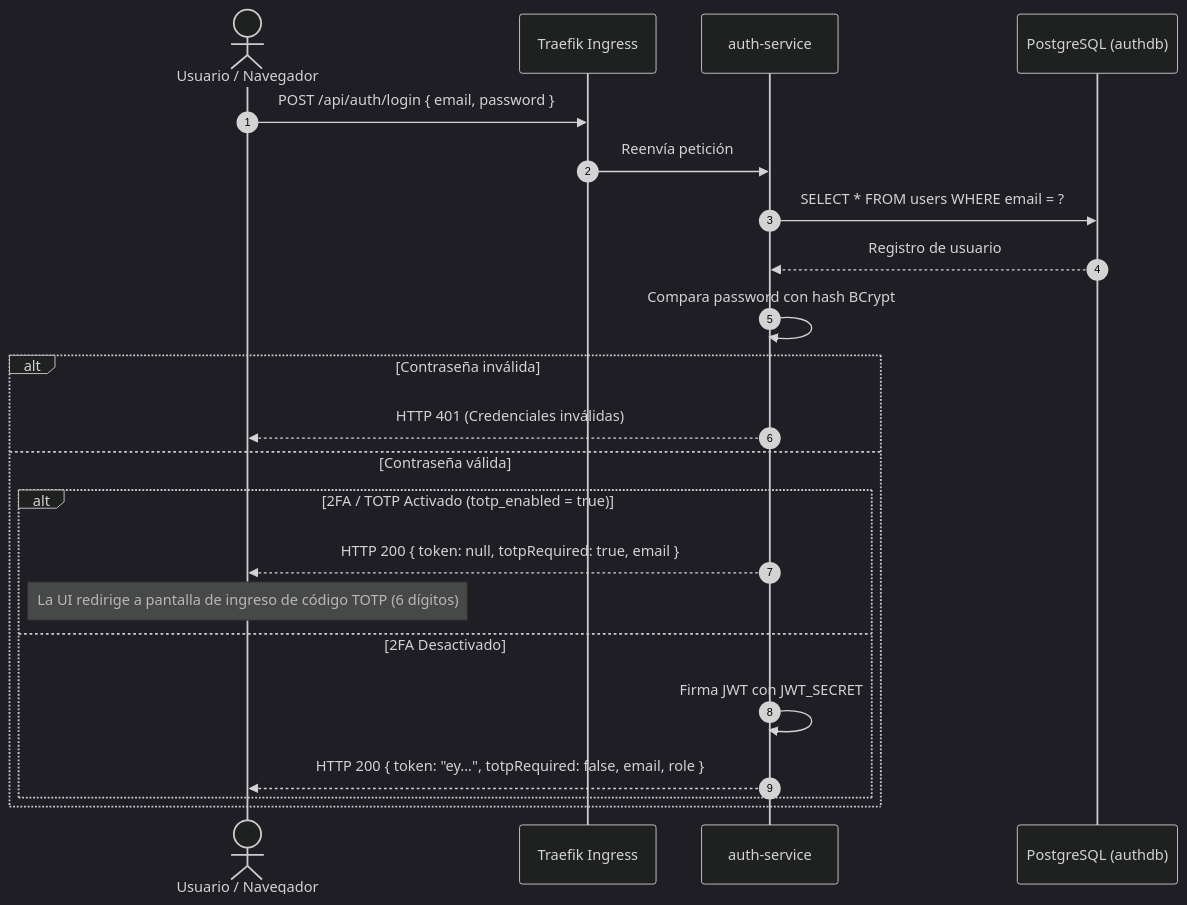
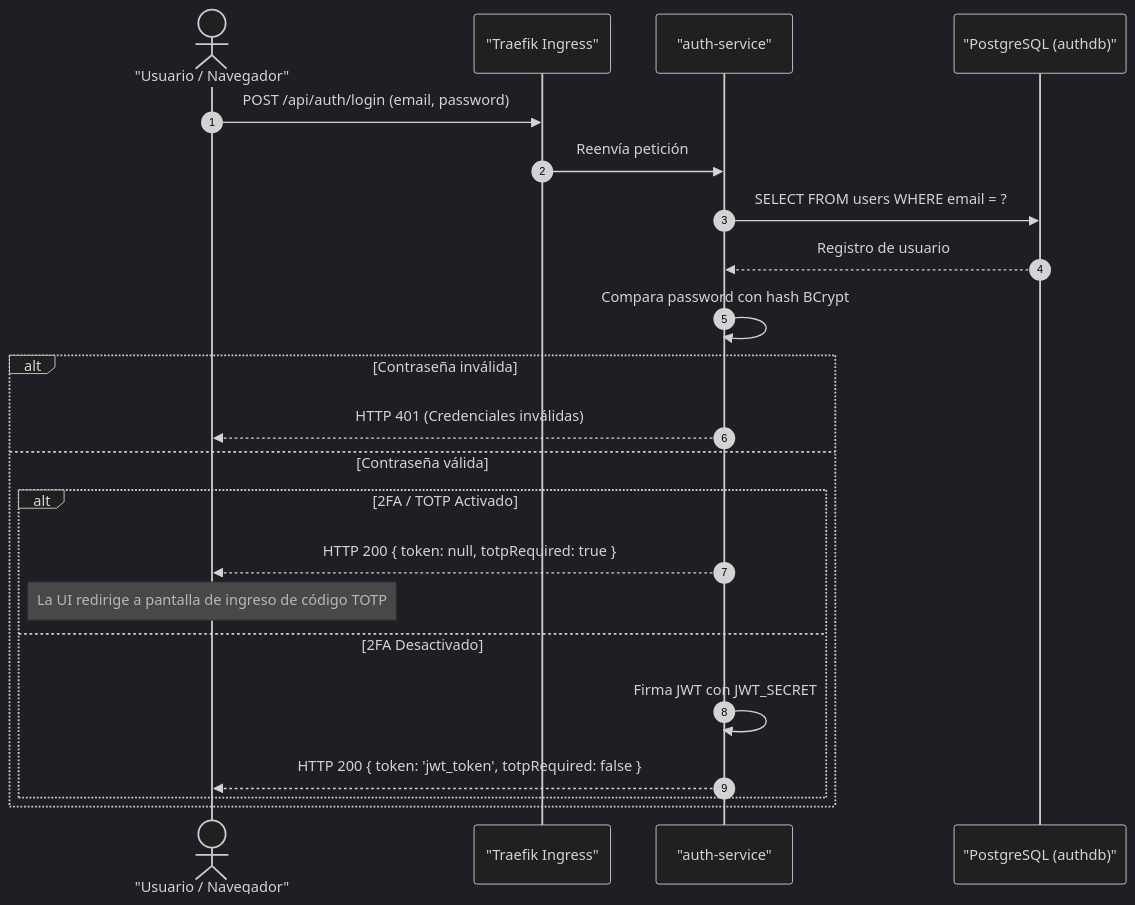
Before and after one commit to bleidertcs/fintech-wallet: the second of 3 diagrams in docs/authentication.md, drawn with Mermaid (dark theme). The commit also changed other lines of this file and 27 other files, not shown here.

Commit message:
feat: generate project documentation and graphify visualization assets

````diff
--- a/docs/authentication.md
+++ b/docs/authentication.md
@@ -77,26 +77,26 @@
 ```mermaid
 sequenceDiagram
     autonumber
-    actor Usuario as Usuario / Navegador
-    participant Gateway as Traefik Ingress
-    participant AuthSvc as auth-service
-    participant AuthDB as PostgreSQL (authdb)
+    actor Usuario as "Usuario / Navegador"
+    participant Gateway as "Traefik Ingress"
+    participant AuthSvc as "auth-service"
+    participant AuthDB as "PostgreSQL (authdb)"
 
-    Usuario->>Gateway: POST /api/auth/login { email, password }
+    Usuario->>Gateway: POST /api/auth/login (email, password)
     Gateway->>AuthSvc: Reenvía petición
-    AuthSvc->>AuthDB: SELECT * FROM users WHERE email = ?
+    AuthSvc->>AuthDB: SELECT FROM users WHERE email = ?
     AuthDB-->>AuthSvc: Registro de usuario
     AuthSvc->>AuthSvc: Compara password con hash BCrypt
     
     alt Contraseña inválida
         AuthSvc-->>Usuario: HTTP 401 (Credenciales inválidas)
     else Contraseña válida
-        alt 2FA / TOTP Activado (totp_enabled = true)
-            AuthSvc-->>Usuario: HTTP 200 { token: null, totpRequired: true, email }
-            Note over Usuario: La UI redirige a pantalla de ingreso de código TOTP (6 dígitos)
+        alt 2FA / TOTP Activado
+            AuthSvc-->>Usuario: HTTP 200 { token: null, totpRequired: true }
+            Note over Usuario: La UI redirige a pantalla de ingreso de código TOTP
         else 2FA Desactivado
             AuthSvc->>AuthSvc: Firma JWT con JWT_SECRET
-            AuthSvc-->>Usuario: HTTP 200 { token: "ey...", totpRequired: false, email, role }
+            AuthSvc-->>Usuario: HTTP 200 { token: 'jwt_token', totpRequired: false }
         end
     end
 ```
````
